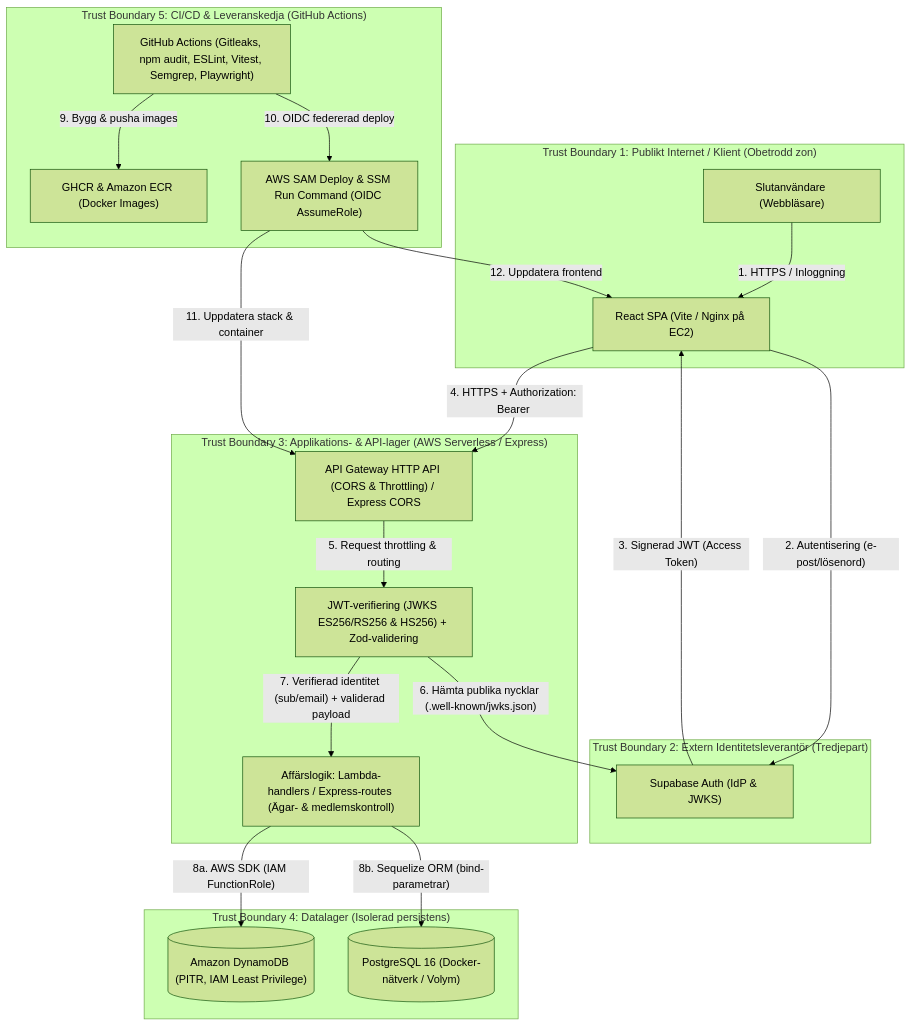
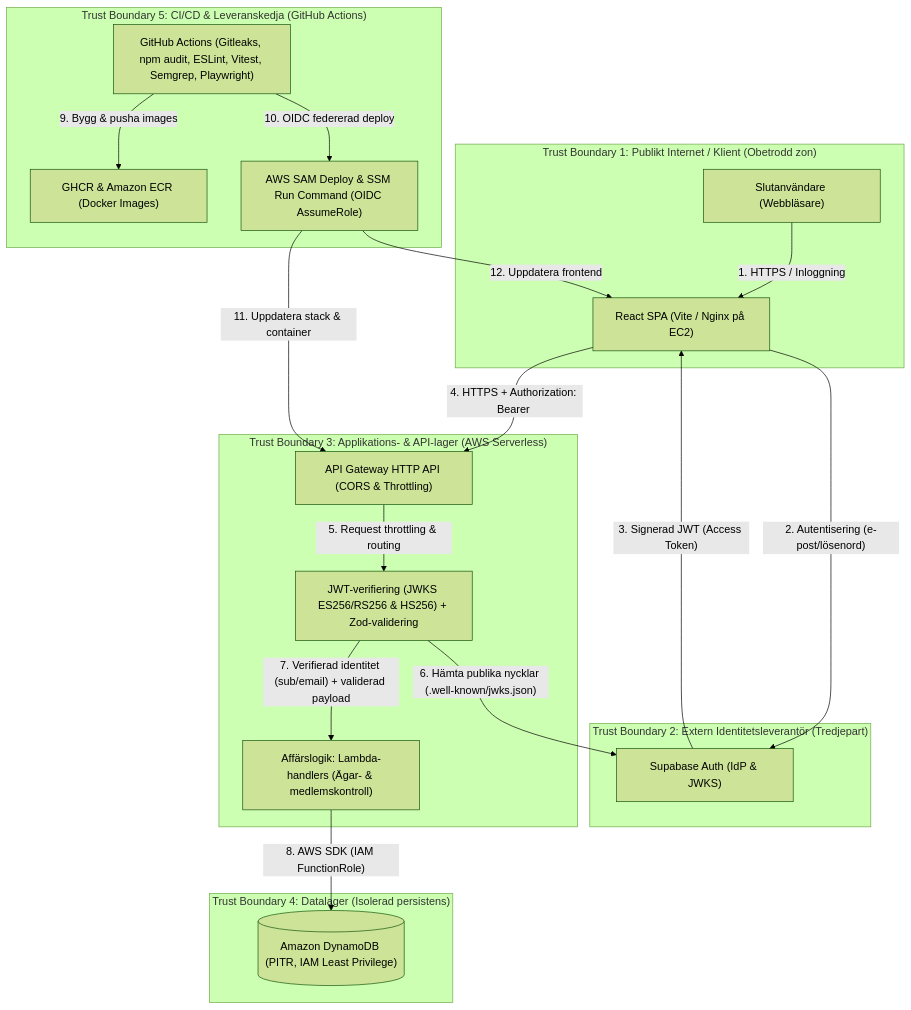
The diagram in SECURITY_ANALYSIS.md (DannielR98/DevSecOps), drawn with Mermaid (forest theme) before and after one commit. The commit also changed other lines of this file and 98 other files, not shown here.

First line of the commit message:
refactor: remove backend validation schemas and vitest configuration

````diff
--- a/SECURITY_ANALYSIS.md
+++ b/SECURITY_ANALYSIS.md
@@ -19,42 +17,40 @@
 ```mermaid
 flowchart TB
     subgraph TB1["Trust Boundary 1: Publikt Internet / Klient (Obetrodd zon)"]
         User["Slutanvändare (Webbläsare)"]
         SPA["React SPA (Vite / Nginx på EC2)"]
     end
 
     subgraph TB2["Trust Boundary 2: Extern Identitetsleverantör (Tredjepart)"]
         SupaAuth["Supabase Auth (IdP & JWKS)"]
     end
 
-    subgraph TB3["Trust Boundary 3: Applikations- & API-lager (AWS Serverless / Express)"]
-        APIGW["API Gateway HTTP API (CORS & Throttling) / Express CORS"]
+    subgraph TB3["Trust Boundary 3: Applikations- & API-lager (AWS Serverless)"]
+        APIGW["API Gateway HTTP API (CORS & Throttling)"]
         AuthMW["JWT-verifiering (JWKS ES256/RS256 & HS256) + Zod-validering"]
-        Handlers["Affärslogik: Lambda-handlers / Express-routes (Ägar- & medlemskontroll)"]
+        Handlers["Affärslogik: Lambda-handlers (Ägar- & medlemskontroll)"]
     end
 
     subgraph TB4["Trust Boundary 4: Datalager (Isolerad persistens)"]
         DDB[("Amazon DynamoDB (PITR, IAM Least Privilege)")]
-        PG[("PostgreSQL 16 (Docker-nätverk / Volym)")]
     end
 
     subgraph TB5["Trust Boundary 5: CI/CD & Leveranskedja (GitHub Actions)"]
         GHA["GitHub Actions (Gitleaks, npm audit, ESLint, Vitest, Semgrep, Playwright)"]
         Registries["GHCR & Amazon ECR (Docker Images)"]
         Deploy["AWS SAM Deploy & SSM Run Command (OIDC AssumeRole)"]
     end
 
     User -->|"1. HTTPS / Inloggning"| SPA
     SPA -->|"2. Autentisering (e-post/lösenord)"| SupaAuth
     SupaAuth -->|"3. Signerad JWT (Access Token)"| SPA
     SPA -->|"4. HTTPS + Authorization: Bearer <JWT>"| APIGW
     APIGW -->|"5. Request throttling & routing"| AuthMW
     AuthMW -->|"6. Hämta publika nycklar (.well-known/jwks.json)"| SupaAuth
     AuthMW -->|"7. Verifierad identitet (sub/email) + validerad payload"| Handlers
-    Handlers -->|"8a. AWS SDK (IAM FunctionRole)"| DDB
-    Handlers -->|"8b. Sequelize ORM (bind-parametrar)"| PG
+    Handlers -->|"8. AWS SDK (IAM FunctionRole)"| DDB
     GHA -->|"9. Bygg & pusha images"| Registries
     GHA -->|"10. OIDC federerad deploy"| Deploy
     Deploy -->|"11. Uppdatera stack & container"| APIGW
     Deploy -->|"12. Uppdatera frontend"| SPA
 ```
````
